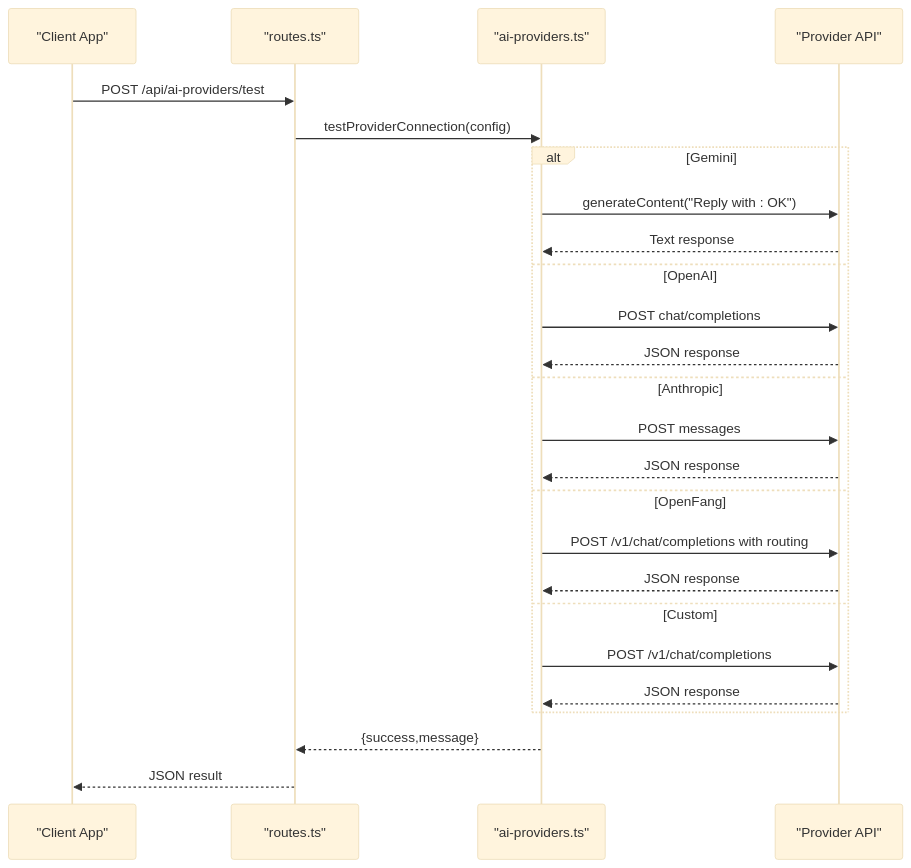
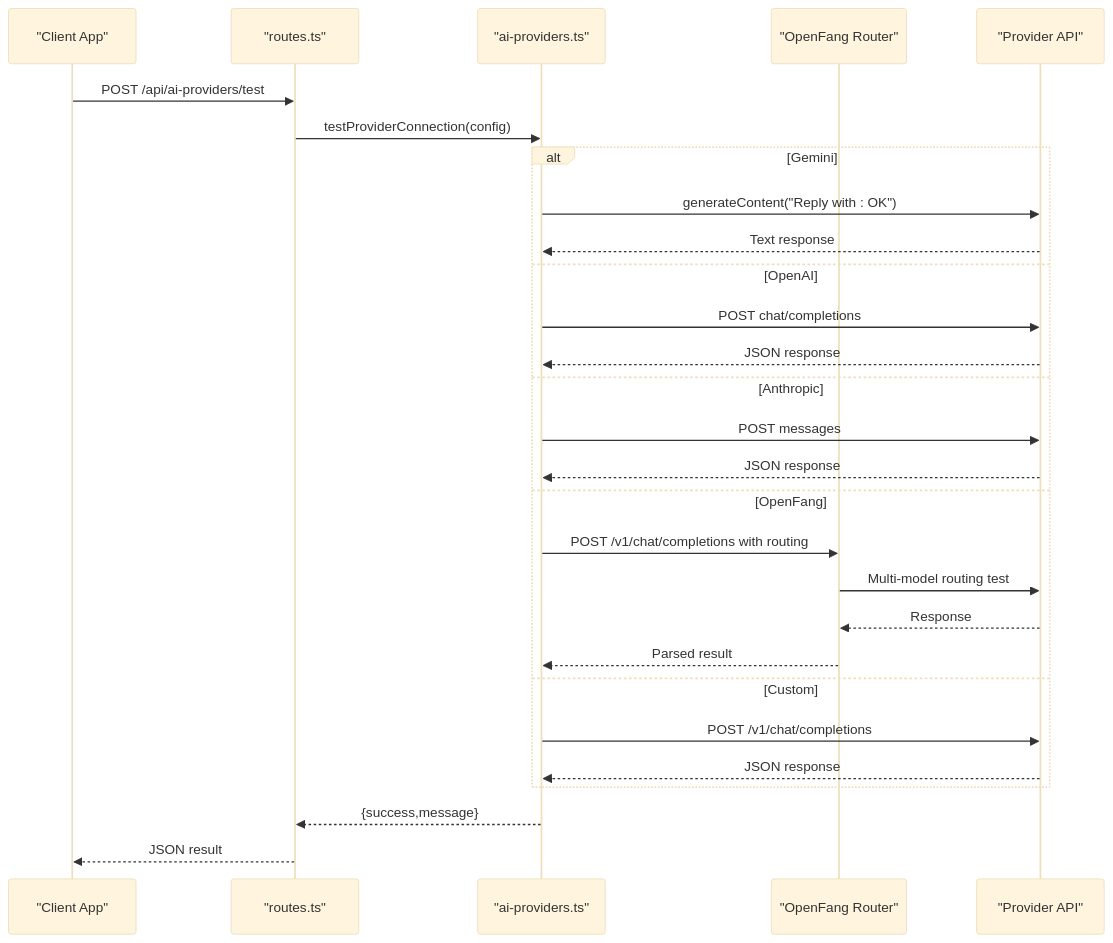
One commit to hunglevi87/Hidden-Gem changed the seventh of 12 diagrams in .qoder/repowiki/en/content/AI Integration/AI Provider System.md. Above: the diagram before and after it, drawn with Mermaid (base theme). The commit also changed other lines of this file and 5 other files, not shown here.

First line of the commit message:
feat(openfang): enhance AI provider with multi-model routing and fallback

````diff
--- a/.qoder/repowiki/en/content/AI Integration/AI Provider System.md
+++ b/.qoder/repowiki/en/content/AI Integration/AI Provider System.md
@@ -321,27 +330,30 @@
 ```mermaid
 sequenceDiagram
 participant Client as "Client App"
 participant Routes as "routes.ts"
 participant Factory as "ai-providers.ts"
+participant OpenFang as "OpenFang Router"
 participant Provider as "Provider API"
 Client->>Routes : POST /api/ai-providers/test
 Routes->>Factory : testProviderConnection(config)
 alt Gemini
 Factory->>Provider : generateContent("Reply with : OK")
 Provider-->>Factory : Text response
 else OpenAI
 Factory->>Provider : POST chat/completions
 Provider-->>Factory : JSON response
 else Anthropic
 Factory->>Provider : POST messages
 Provider-->>Factory : JSON response
 else OpenFang
-Factory->>Provider : POST /v1/chat/completions with routing
-Provider-->>Factory : JSON response
+Factory->>OpenFang : POST /v1/chat/completions with routing
+OpenFang->>Provider : Multi-model routing test
+Provider-->>OpenFang : Response
+OpenFang-->>Factory : Parsed result
 else Custom
 Factory->>Provider : POST /v1/chat/completions
 Provider-->>Factory : JSON response
 end
 Factory-->>Routes : {success,message}
 Routes-->>Client : JSON result
 ```
````
